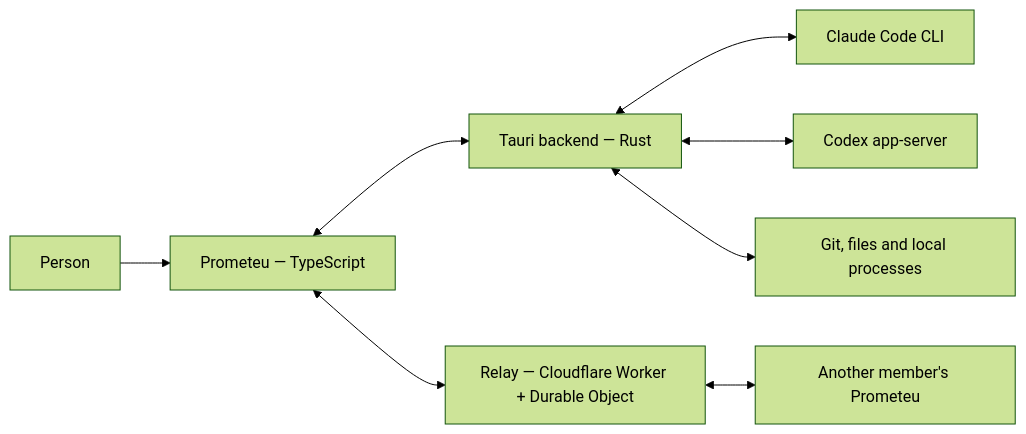
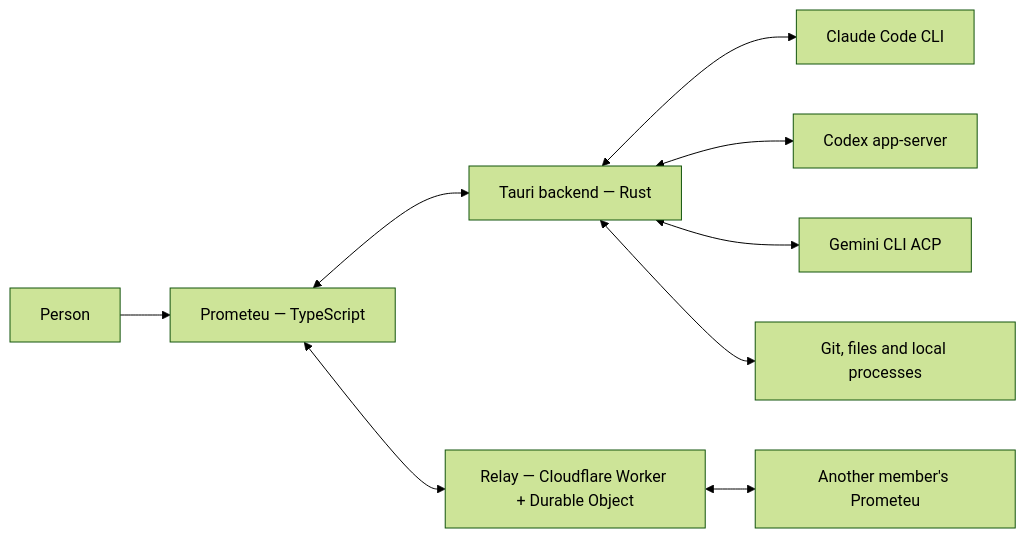
One commit to JabsRafael/prometeu changed the diagram in ARCHITECTURE.md. Above: the diagram before and after it, drawn with Mermaid (forest theme). The commit also changed other lines of this file and 38 other files, not shown here.

````diff
--- a/ARCHITECTURE.md
+++ b/ARCHITECTURE.md
@@ -18,10 +18,11 @@
 ```mermaid
 flowchart LR
     person[Person] --> ui[Prometeu — TypeScript]
     ui <--> back[Tauri backend — Rust]
     back <--> claude[Claude Code CLI]
     back <--> codex[Codex app-server]
+    back <--> gemini[Gemini CLI ACP]
     back <--> local[Git, files and local processes]
     ui <--> relay[Relay — Cloudflare Worker + Durable Object]
     relay <--> peer[Another member's Prometeu]
 ```
````
